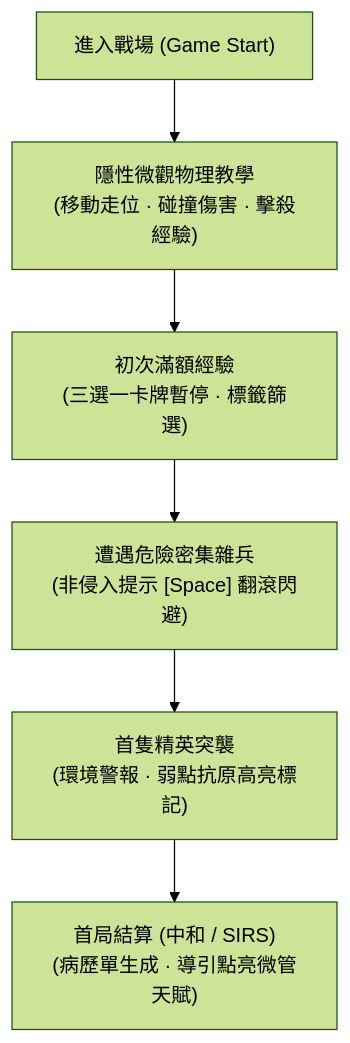
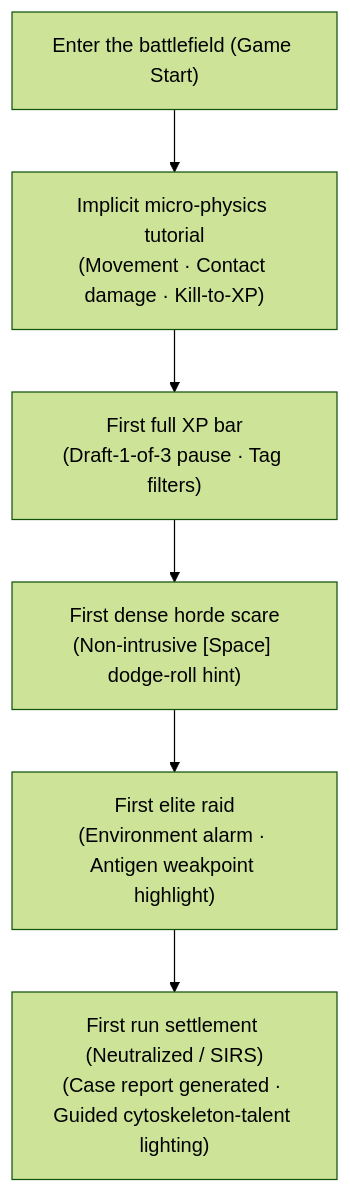
Before and after one commit to skyrocket-qy/Phagocyte: the first of 2 diagrams in docs/tutorial.md, drawn with Mermaid (forest theme). The commit also changed other lines of this file and 17 other files, not shown here.

````diff
--- a/docs/tutorial.md
+++ b/docs/tutorial.md
@@ -14,8 +14,8 @@
 ```mermaid
 flowchart TD
-    A["進入戰場 (Game Start)"] --> B["隱性微觀物理教學<br>(移動走位 · 碰撞傷害 · 擊殺經驗)"]
-    B --> C["初次滿額經驗<br>(三選一卡牌暫停 · 標籤篩選)"]
-    C --> D["遭遇危險密集雜兵<br>(非侵入提示 [Space] 翻滾閃避)"]
-    D --> E["首隻精英突襲<br>(環境警報 · 弱點抗原高亮標記)"]
-    E --> F["首局結算 (中和 / SIRS)<br>(病歷單生成 · 導引點亮微管天賦)"]
+    A["Enter the battlefield (Game Start)"] --> B["Implicit micro-physics tutorial<br>(Movement · Contact damage · Kill-to-XP)"]
+    B --> C["First full XP bar<br>(Draft-1-of-3 pause · Tag filters)"]
+    C --> D["First dense horde scare<br>(Non-intrusive [Space] dodge-roll hint)"]
+    D --> E["First elite raid<br>(Environment alarm · Antigen weakpoint highlight)"]
+    E --> F["First run settlement (Neutralized / SIRS)<br>(Case report generated · Guided cytoskeleton-talent lighting)"]
 ```
````
